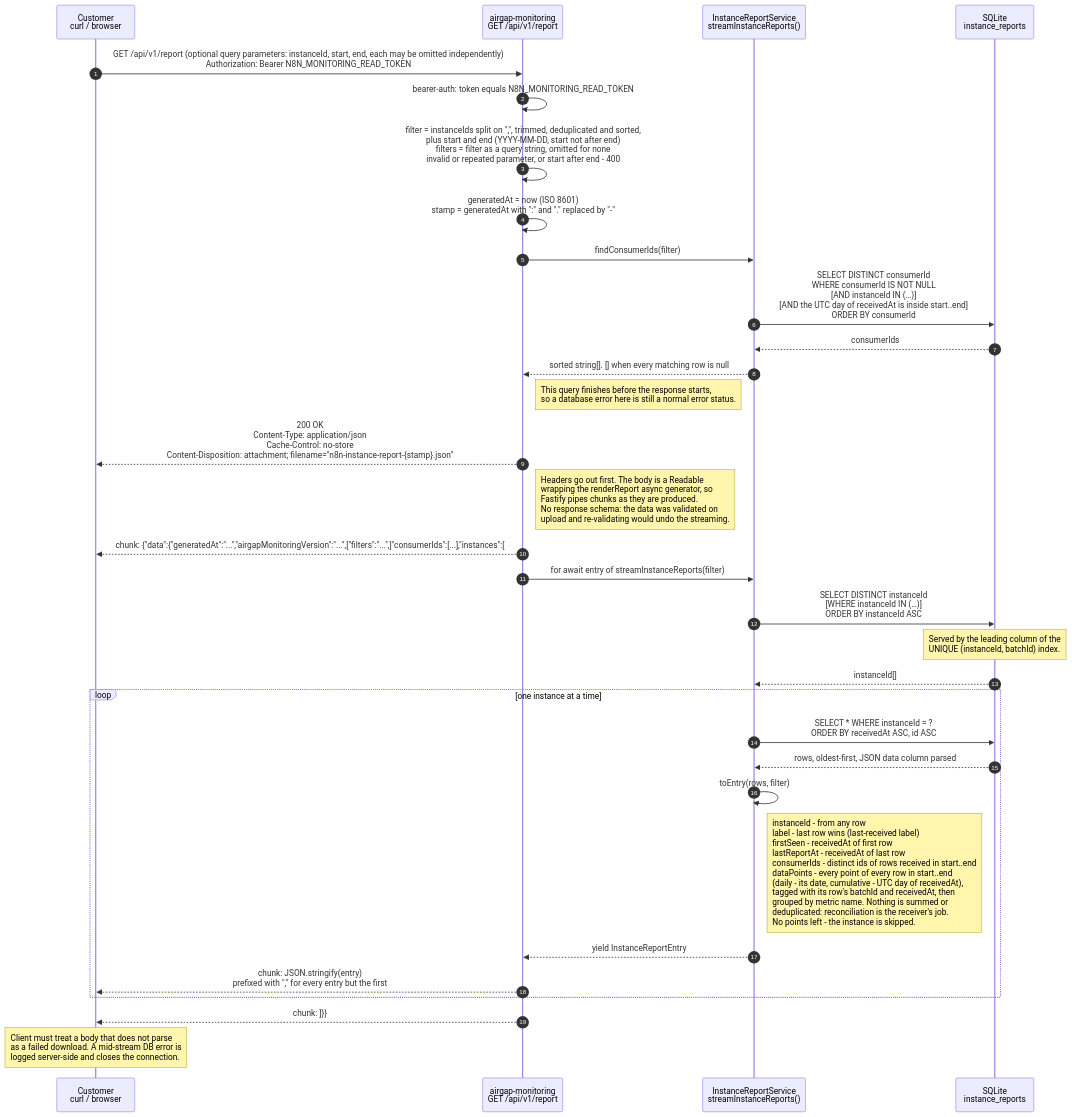
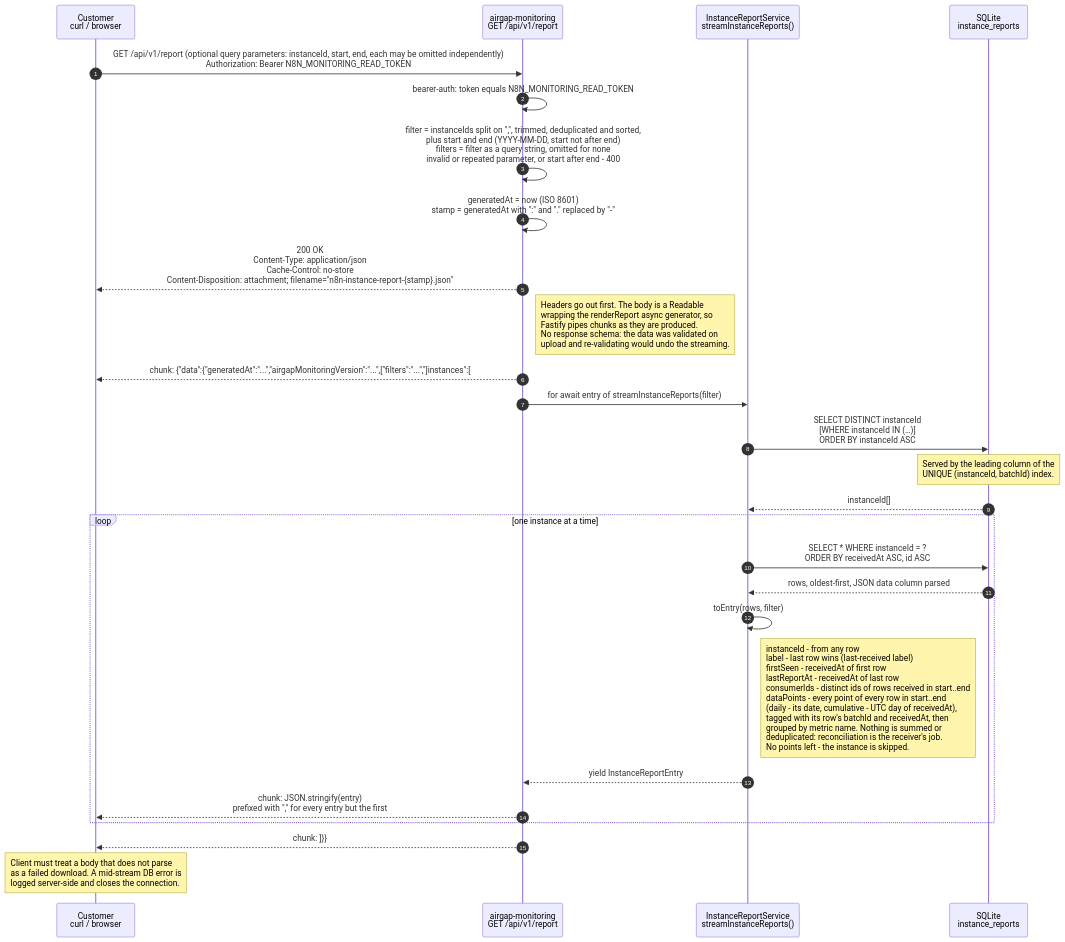
The second of 2 diagrams in docs/DIAGRAMS.md (n8n-io/n8n-airgap-monitoring), drawn with Mermaid before and after one commit. The commit also changed other lines of this file and 10 other files, not shown here.

First line of the commit message:
fix(api): Keep consumerIds on each instance in the download

````diff
--- a/docs/DIAGRAMS.md
+++ b/docs/DIAGRAMS.md
@@ -107,45 +107,40 @@
 ```mermaid
 ---
 config:
   sequence:
     noteAlign: left
 ---
 sequenceDiagram
     autonumber
     participant C as Customer<br/>curl / browser
     participant API as airgap-monitoring<br/>GET /api/v1/report
     participant SVC as InstanceReportService<br/>streamInstanceReports()
     participant DB as SQLite<br/>instance_reports
 
     C->>API: GET /api/v1/report (optional query parameters: instanceId, start, end, each may be omitted independently)<br/>Authorization: Bearer N8N_MONITORING_READ_TOKEN
     API->>API: bearer-auth: token equals N8N_MONITORING_READ_TOKEN
     API->>API: filter = instanceIds split on ",", trimmed, deduplicated and sorted,<br/>plus start and end (YYYY-MM-DD, start not after end)<br/>filters = filter as a query string, omitted for none<br/>invalid or repeated parameter, or start after end - 400
     API->>API: generatedAt = now (ISO 8601)<br/>stamp = generatedAt with ":" and "." replaced by "-"
-    API->>SVC: findConsumerIds(filter)
-    SVC->>DB: SELECT DISTINCT consumerId<br/>WHERE consumerId IS NOT NULL<br/>[AND instanceId IN (…)]<br/>[AND the UTC day of receivedAt is inside start..end]<br/>ORDER BY consumerId
-    DB-->>SVC: consumerIds
-    SVC-->>API: sorted string[]. [] when every matching row is null
-    Note right of API: This query finishes before the response starts,<br/>so a database error here is still a normal error status.
 
     API-->>C: 200 OK<br/>Content-Type: application/json<br/>Cache-Control: no-store<br/>Content-Disposition: attachment#59; filename="n8n-instance-report-{stamp}.json"
     Note right of API: Headers go out first. The body is a Readable<br/>wrapping the renderReport async generator, so<br/>Fastify pipes chunks as they are produced.<br/>No response schema: the data was validated on<br/>upload and re-validating would undo the streaming.
 
-    API-->>C: chunk: {"data":{"generatedAt":"...","airgapMonitoringVersion":"...",["filters":"...",]"consumerIds":[...],"instances":[
+    API-->>C: chunk: {"data":{"generatedAt":"...","airgapMonitoringVersion":"...",["filters":"...","]instances":[
 
     API->>SVC: for await entry of streamInstanceReports(filter)
     SVC->>DB: SELECT DISTINCT instanceId<br/>[WHERE instanceId IN (…)]<br/>ORDER BY instanceId ASC
     Note over DB: Served by the leading column of the<br/>UNIQUE (instanceId, batchId) index.
     DB-->>SVC: instanceId[]
 
     loop one instance at a time
         SVC->>DB: SELECT * WHERE instanceId = ?<br/>ORDER BY receivedAt ASC, id ASC
         DB-->>SVC: rows, oldest-first, JSON data column parsed
         SVC->>SVC: toEntry(rows, filter)
         Note right of SVC: instanceId - from any row<br/>label - last row wins (last-received label)<br/>firstSeen - receivedAt of first row<br/>lastReportAt - receivedAt of last row<br/>consumerIds - distinct ids of rows received in start..end<br/>dataPoints - every point of every row in start..end<br/>(daily - its date, cumulative - UTC day of receivedAt),<br/>tagged with its row's batchId and receivedAt, then<br/>grouped by metric name. Nothing is summed or<br/>deduplicated: reconciliation is the receiver's job.<br/>No points left - the instance is skipped.
         SVC-->>API: yield InstanceReportEntry
         API-->>C: chunk: JSON.stringify(entry)<br/>prefixed with "," for every entry but the first
     end
 
     API-->>C: chunk: ]}}
     Note over C: Client must treat a body that does not parse<br/>as a failed download. A mid-stream DB error is<br/>logged server-side and closes the connection.
 ```
````
